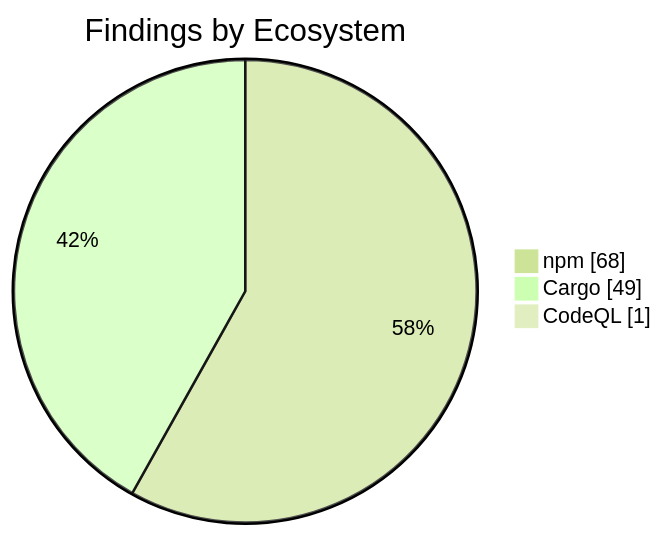
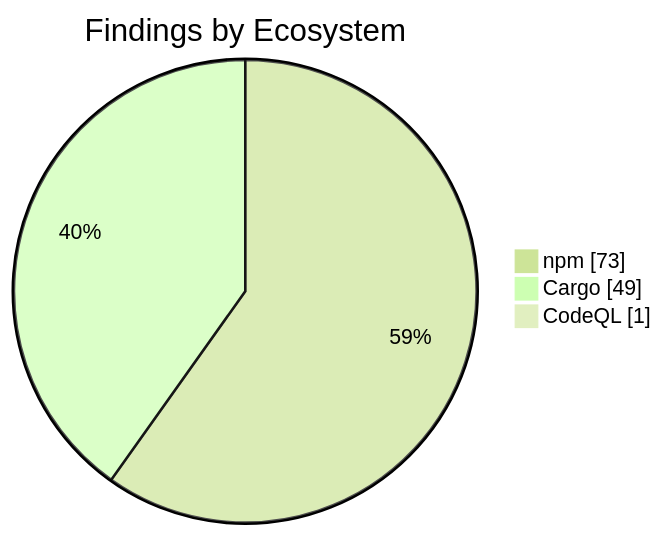
Before and after one commit to KBVE/kbve: the second of 2 diagrams in apps/kbve/astro-kbve/src/content/docs/dashboard/security.mdx, drawn with Mermaid (forest theme). The commit also changed other lines of this file and 8 other files, not shown here.

````diff
--- a/apps/kbve/astro-kbve/src/content/docs/dashboard/security.mdx
+++ b/apps/kbve/astro-kbve/src/content/docs/dashboard/security.mdx
@@ -73,7 +73,7 @@
 ```mermaid
 pie showData
     title Findings by Ecosystem
-    "npm" : 68
+    "npm" : 73
     "Cargo" : 49
     "CodeQL" : 1
 ```
````
